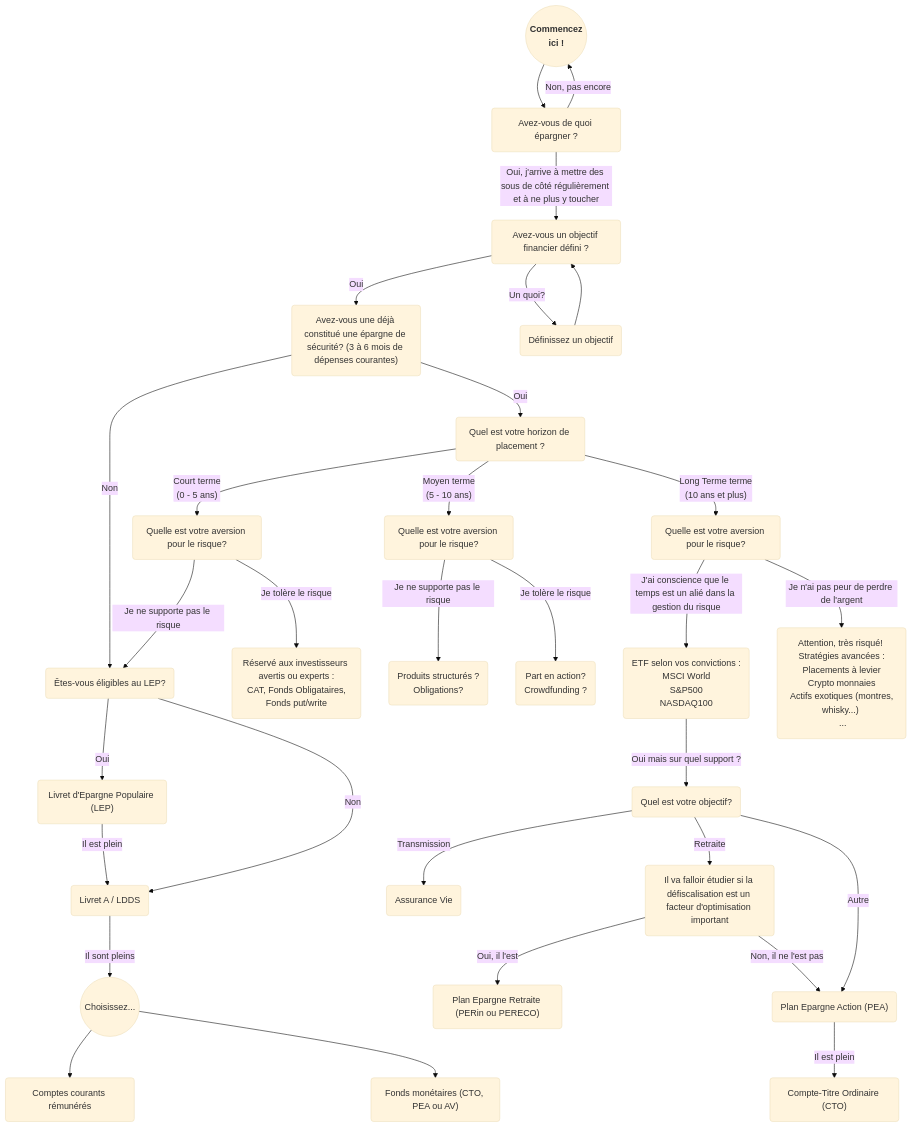
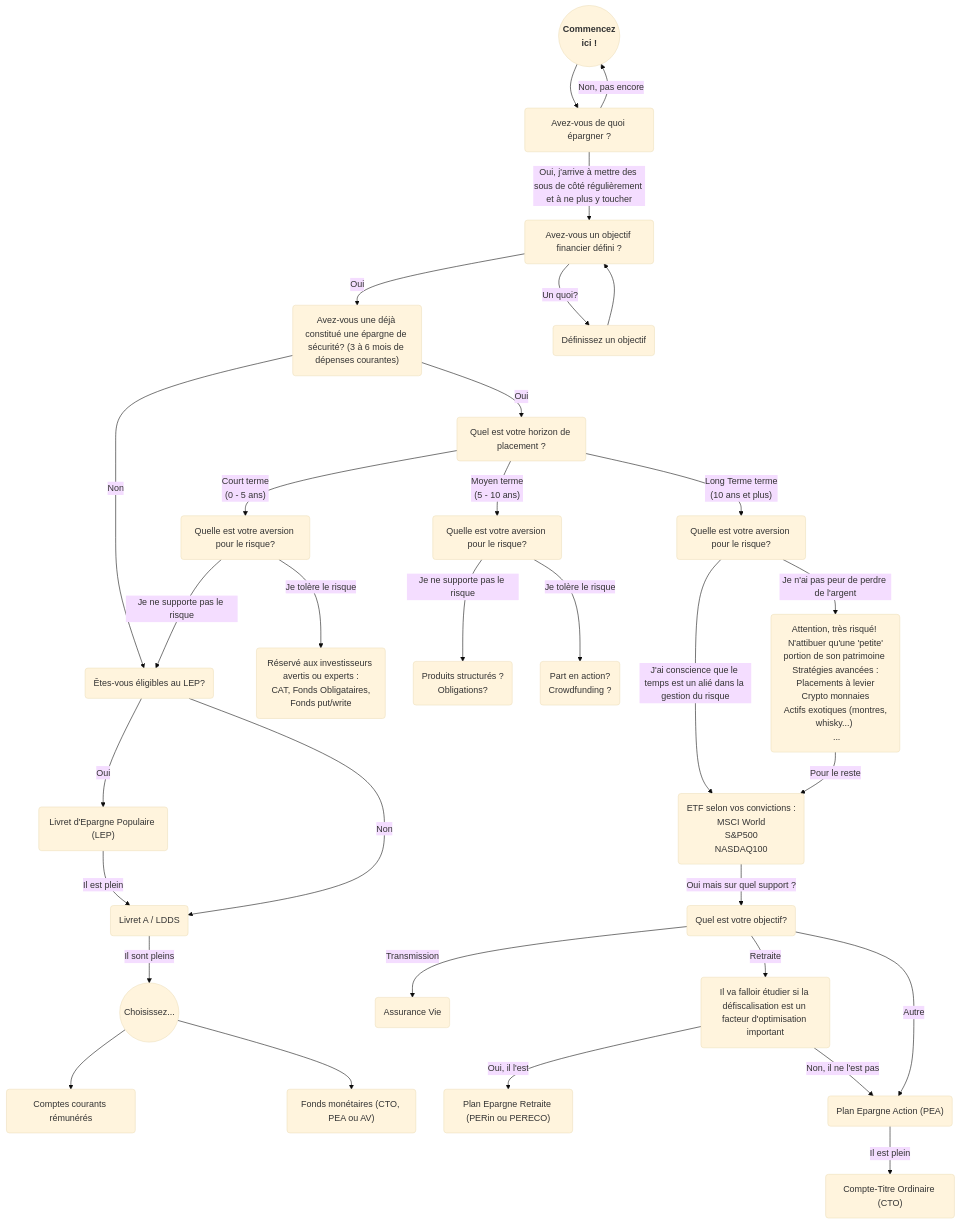
One commit to luminoucat/MesFinances changed the diagram in README.md. Above: the diagram before and after it, drawn with Mermaid (base theme).

Commit message:
Update README.md
Attention à la crypto, le reste en etf

```diff
--- a/README.md
+++ b/README.md
@@ -41,7 +41,7 @@
 
     etf("ETF selon vos convictions : <br> MSCI World <br> S&P500 <br> NASDAQ100")
 
-    crypto("Attention, très risqué! <br> Stratégies avancées : <br> Placements à levier <br> Crypto monnaies <br> Actifs exotiques (montres, whisky...) <br> ...")
+    crypto("Attention, très risqué! <br> N'attibuer qu'une 'petite' portion de son patrimoine <br> Stratégies avancées : <br> Placements à levier <br> Crypto monnaies <br> Actifs exotiques (montres, whisky...) <br> ...")
 
     objectifetf("Quel est votre objectif?")
 
@@ -117,6 +117,8 @@
 
     pea--Il est plein-->cto
 
+    crypto--Pour le reste-->etf
+
    
 
     %%click capacité_épargne callback "Commençons par le début ! Si vous avez du mal à arrondir vos fins de mois, alors l'investissement n'est pas (encore) pour vous."
```
